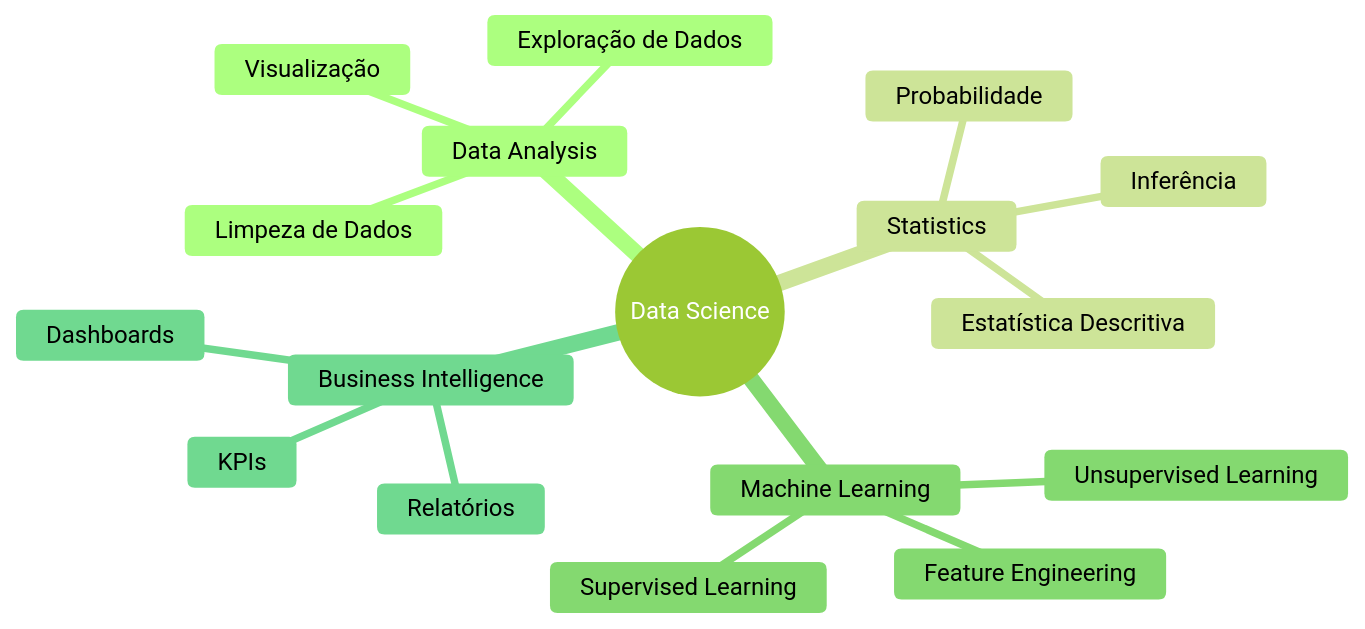
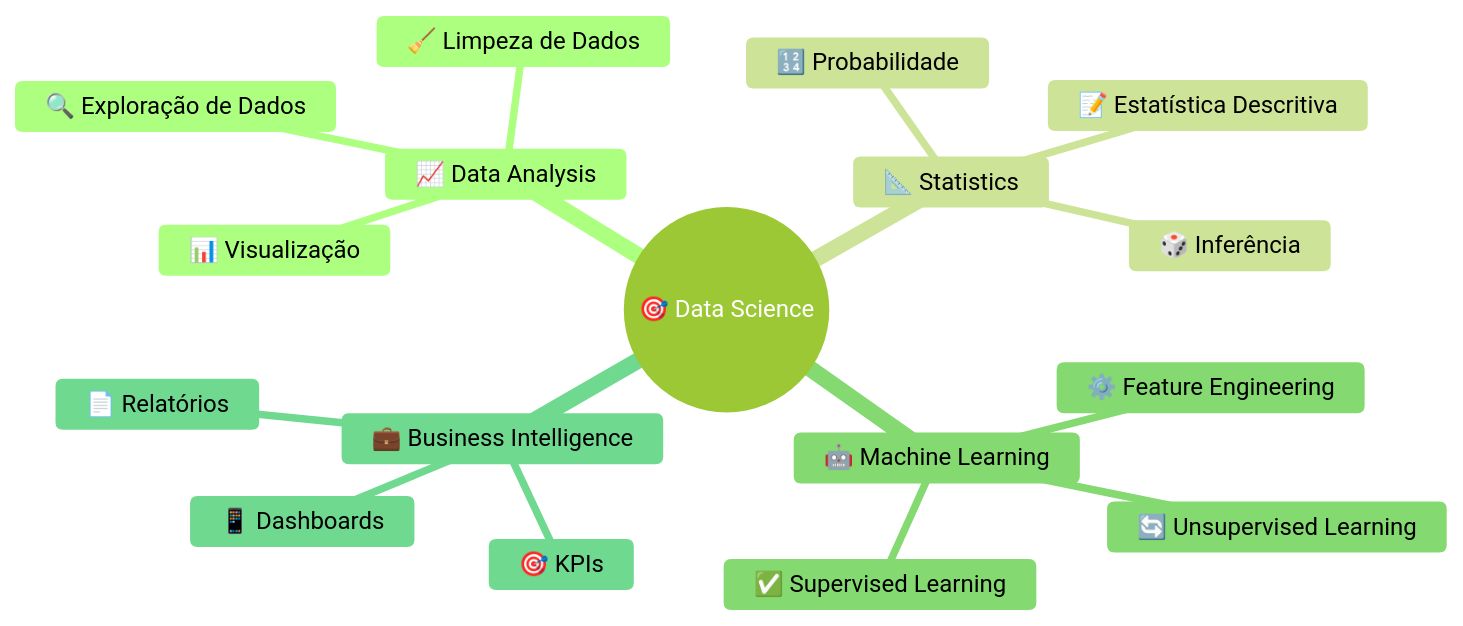
The diagram in README.md (herculanaline/herculanaline), drawn with Mermaid (forest theme) before and after one commit. The commit also changed other lines of this file, not shown here.

````diff
--- a/README.md
+++ b/README.md
@@ -79,20 +78,20 @@
 ```mermaid
 mindmap
-  root((Data Science))
-    Data Analysis
-      Exploração de Dados
-      Limpeza de Dados
-      Visualização
-    Statistics
-      Estatística Descritiva
-      Inferência
-      Probabilidade
-    Machine Learning
-      Supervised Learning
-      Unsupervised Learning
-      Feature Engineering
-    Business Intelligence
-      Dashboards
-      KPIs
-      Relatórios
+  root((🎯 Data Science))
+    📈 Data Analysis
+      🔍 Exploração de Dados
+      🧹 Limpeza de Dados
+      📊 Visualização
+    📐 Statistics
+      📝 Estatística Descritiva
+      🎲 Inferência
+      🔢 Probabilidade
+    🤖 Machine Learning
+      ✅ Supervised Learning
+      🔄 Unsupervised Learning
+      ⚙️ Feature Engineering
+    💼 Business Intelligence
+      📱 Dashboards
+      🎯 KPIs
+      📄 Relatórios
 ```
````
